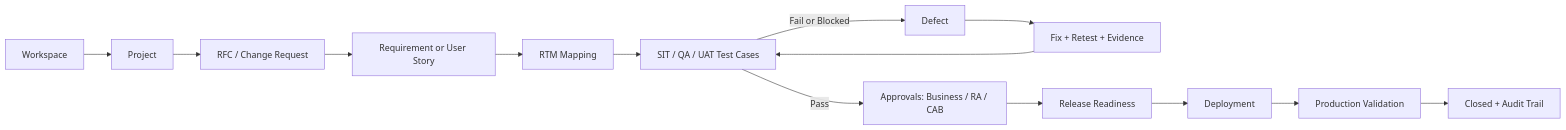
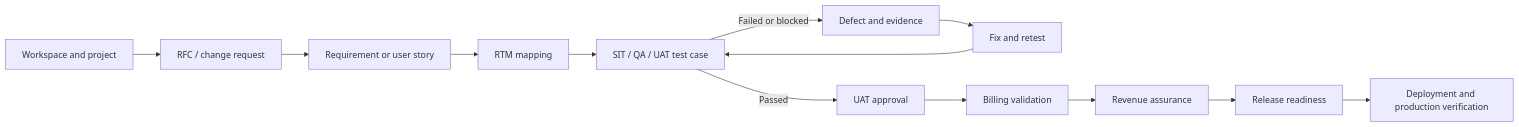
Before and after one commit to haroondhanyal/Product_Flow_360: the first of 4 diagrams in README.md, drawn with Mermaid. The commit also changed other lines of this file and 81 other files, not shown here.

````diff
--- a/README.md
+++ b/README.md
@@ -20,16 +22,15 @@
 ```mermaid
 flowchart LR
-    W[Workspace] --> P[Project]
-    P --> R[RFC / Change Request]
-    R --> Q[Requirement or User Story]
-    Q --> M[RTM Mapping]
-    M --> T[SIT / QA / UAT Test Cases]
-    T -->|Pass| A[Approvals: Business / RA / CAB]
-    T -->|Fail or Blocked| B[Defect]
-    B --> F[Fix + Retest + Evidence]
-    F --> T
-    A --> L[Release Readiness]
-    L --> D[Deployment]
-    D --> V[Production Validation]
-    V --> C[Closed + Audit Trail]
+  W[Workspace and project] --> R[RFC / change request]
+  R --> Q[Requirement or user story]
+  Q --> M[RTM mapping]
+  M --> T[SIT / QA / UAT test case]
+  T -->|Failed or blocked| D[Defect and evidence]
+  D --> F[Fix and retest]
+  F --> T
+  T -->|Passed| A[UAT approval]
+  A --> B[Billing validation]
+  B --> V[Revenue assurance]
+  V --> L[Release readiness]
+  L --> P[Deployment and production verification]
 ```
````
